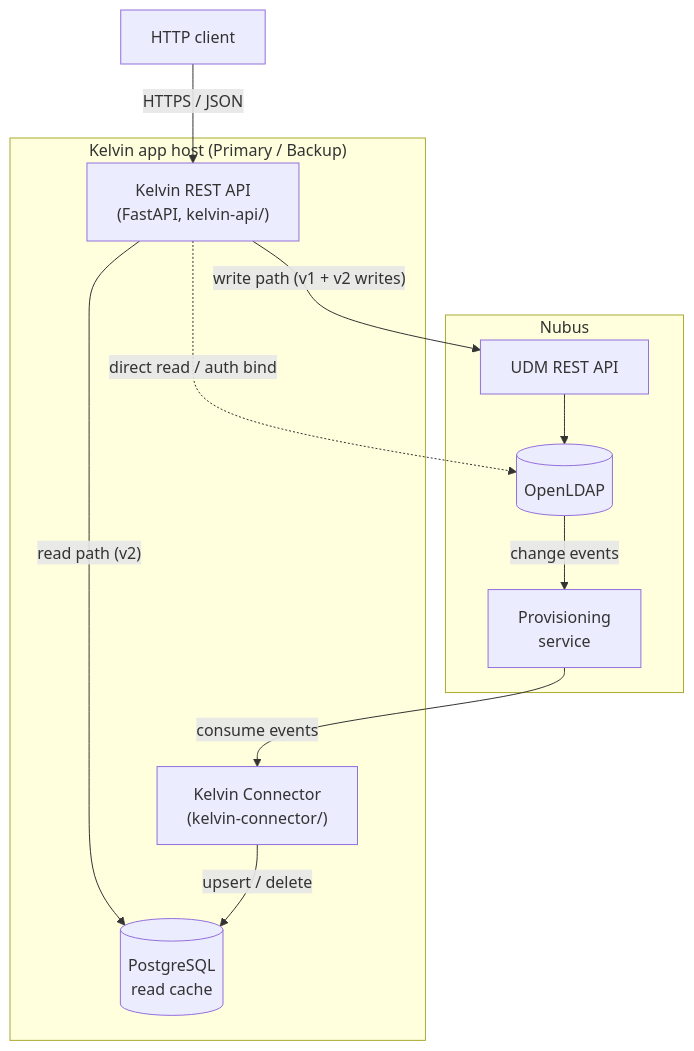
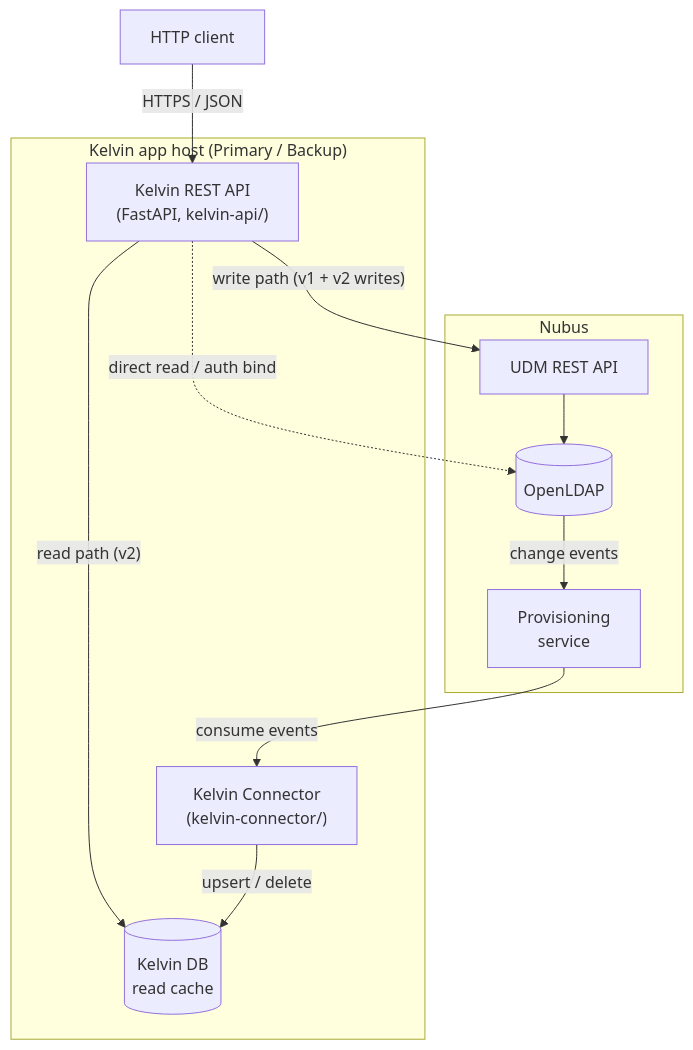
The first of 2 diagrams in doc/dev/architecture.rst (univention/ucsschool-kelvin-rest-api), drawn with Mermaid before and after one commit. The commit also changed other lines of this file and 8 other files, not shown here.

First line of the commit message:
docs(dev): Naming convention: cache -> Kelvin DB

```diff
--- a/doc/dev/architecture.rst
+++ b/doc/dev/architecture.rst
@@ -19,24 +19,24 @@
 .. mermaid::
    :caption: Container view of Kelvin ``v2``.
 
    graph TB
        Client["HTTP client"]
        subgraph Kelvin["Kelvin app host (Primary / Backup)"]
            API["Kelvin REST API<br/>(FastAPI, kelvin-api/)"]
            Connector["Kelvin Connector<br/>(kelvin-connector/)"]
-           DB[("PostgreSQL<br/>read cache")]
+           DB[("Kelvin DB<br/>read cache")]
        end
        subgraph Nubus["Nubus"]
            UDM["UDM REST API"]
            LDAP[("OpenLDAP")]
            Prov["Provisioning<br/>service"]
        end
 
        Client -->|"HTTPS / JSON"| API
        API -->|"write path (v1 + v2 writes)"| UDM
        API -->|"read path (v2)"| DB
        API -.->|"direct read / auth bind"| LDAP
        UDM --> LDAP
        LDAP -->|"change events"| Prov
        Prov -->|"consume events"| Connector
        Connector -->|"upsert / delete"| DB
```
